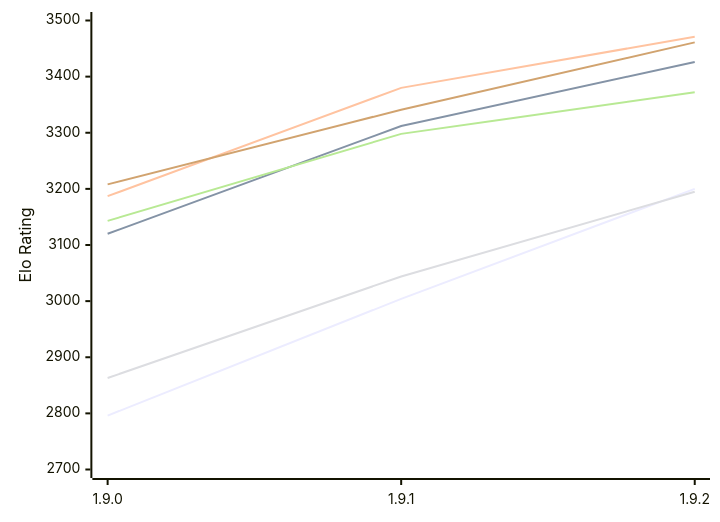
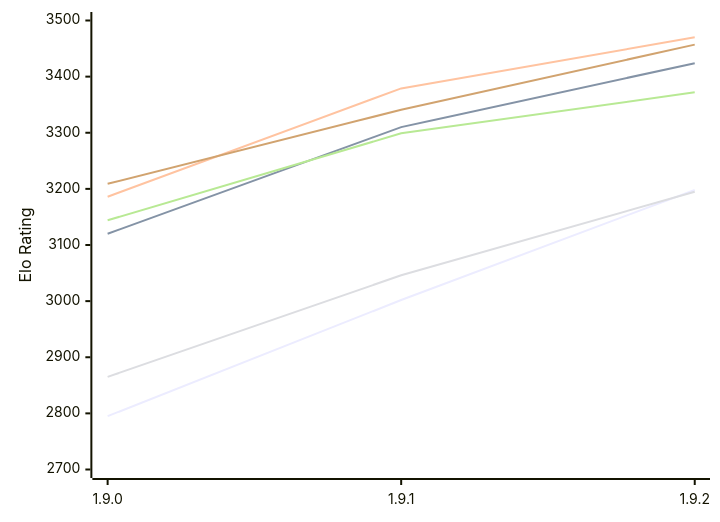
The diagram in engines/Superpawn.md (computer-chess-index/cci), drawn with Mermaid before and after one commit. The commit also changed other lines of this file, not shown here.

Commit message:
Update CCI Ratings (ELO VLTC) - 2026-11-28

````diff
--- a/engines/Superpawn.md
+++ b/engines/Superpawn.md
@@ -51,12 +51,12 @@
 ```mermaid
 %%{init: {"theme":"base","themeVariables":{"seriesColors:['#a3a3a3','#222221','#faa371']}}}%%
 xychart-beta
   x-axis ["1.9.0", "1.9.1", "1.9.2"]
   y-axis "Elo Rating" 2700 --> 3500
-  line "E1: STC (8.0+0.08s)" [2796, 3004, 3200]
-  line "E1: LTC (60.0+0.60s)" [3120, 3312, 3426]
-  line "E1: VLTC (2m24s+1.12s)" [3187, 3380, 3471]
-  line "P1: STC (8.0+0.08s)" [2863, 3044, 3195]
-  line "P1: LTC (60.0+0.60s)" [3143, 3298, 3372]
-  line "P1: VLTC (2m24s+1.12s)" [3208, 3341, 3461]
+  line "E1: STC (8.0+0.08s)" [2795, 3002, 3198]
+  line "E1: LTC (60.0+0.60s)" [3120, 3310, 3424]
+  line "E1: VLTC (2m24s+1.12s)" [3186, 3379, 3470]
+  line "P1: STC (8.0+0.08s)" [2865, 3046, 3195]
+  line "P1: LTC (60.0+0.60s)" [3144, 3299, 3372]
+  line "P1: VLTC (2m24s+1.12s)" [3209, 3341, 3457]
 ```
````
